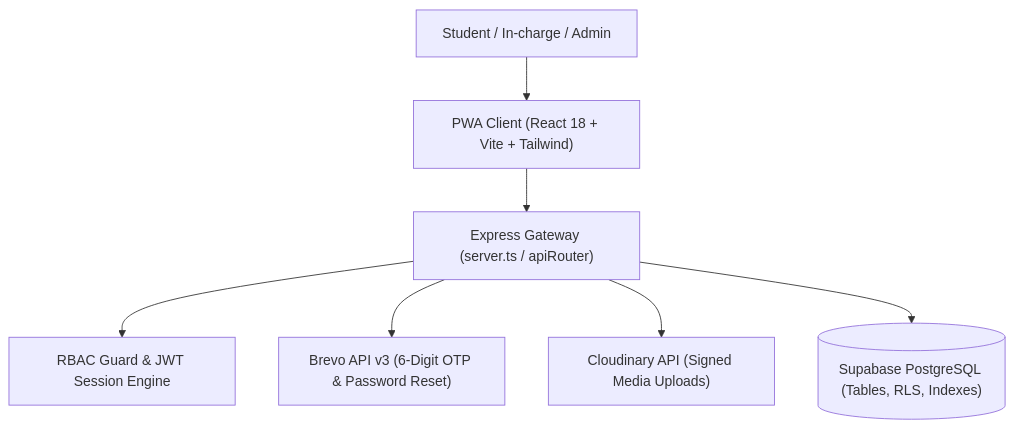
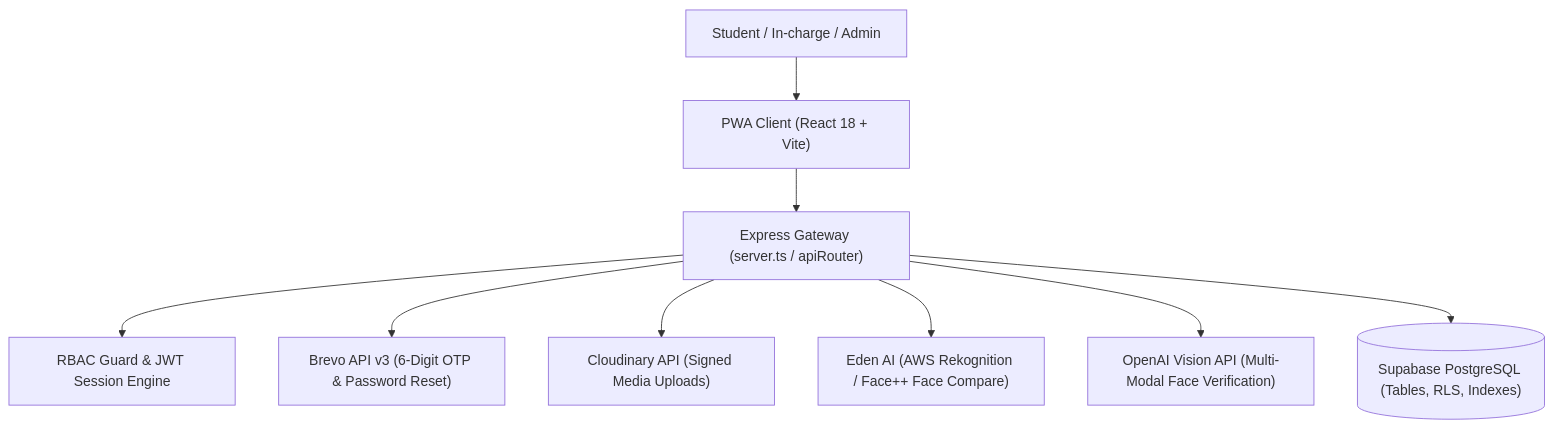
One commit to Tharun4743/Bus-attendance changed the first of 2 diagrams in README.md. Above: the diagram before and after it, drawn with Mermaid. The commit also changed other lines of this file and 3 other files, not shown here.

Commit message:
docs(readme): standardize README with Cloud AI Eden AI specs, Indian Standard Time, and clean architecture

````diff
--- a/README.md
+++ b/README.md
@@ -71,9 +77,11 @@
 ```mermaid
 graph TD
-    User["Student / In-charge / Admin"] --> PWA["PWA Client (React 18 + Vite + Tailwind)"]
+    User["Student / In-charge / Admin"] --> PWA["PWA Client (React 18 + Vite)"]
     PWA --> API["Express Gateway (server.ts / apiRouter)"]
     API --> Auth["RBAC Guard & JWT Session Engine"]
     API --> Brevo["Brevo API v3 (6-Digit OTP & Password Reset)"]
     API --> Cloudinary["Cloudinary API (Signed Media Uploads)"]
+    API --> EdenAI["Eden AI (AWS Rekognition / Face++ Face Compare)"]
+    API --> OpenAI["OpenAI Vision API (Multi-Modal Face Verification)"]
     API --> DB[("Supabase PostgreSQL (Tables, RLS, Indexes)")]
 ```
````
